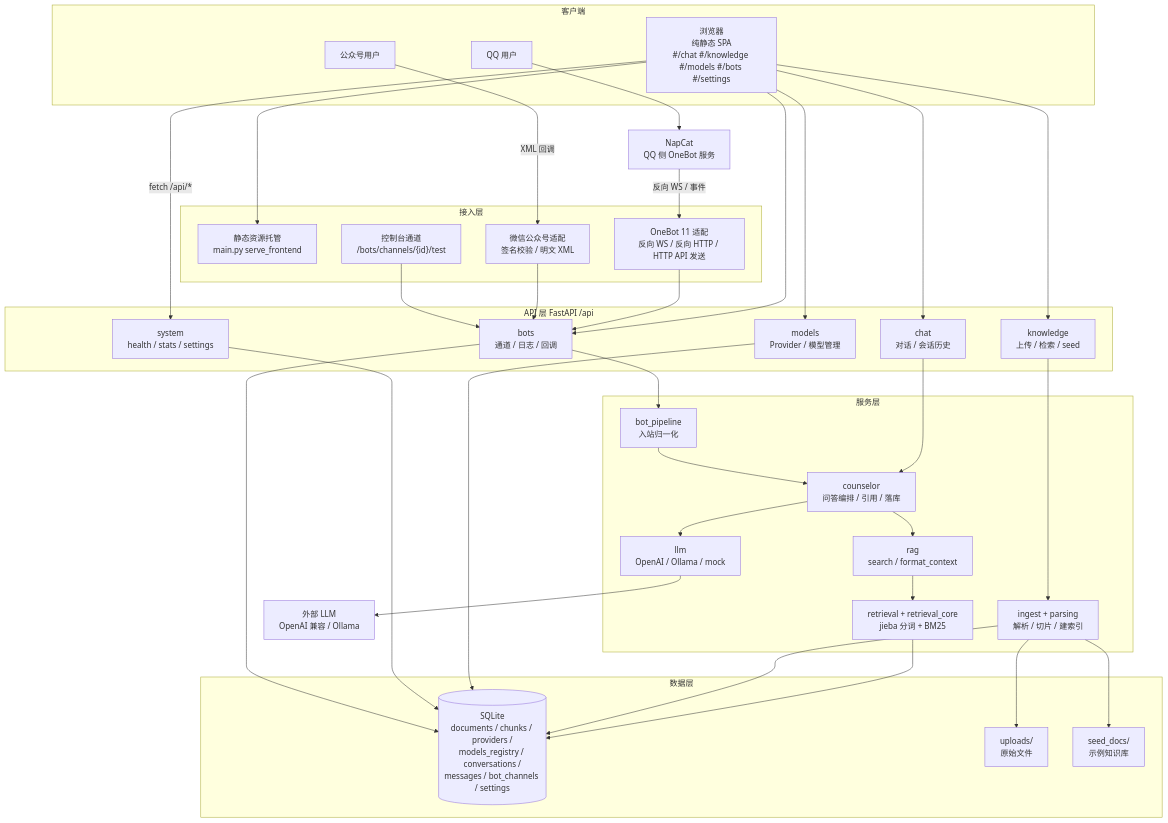
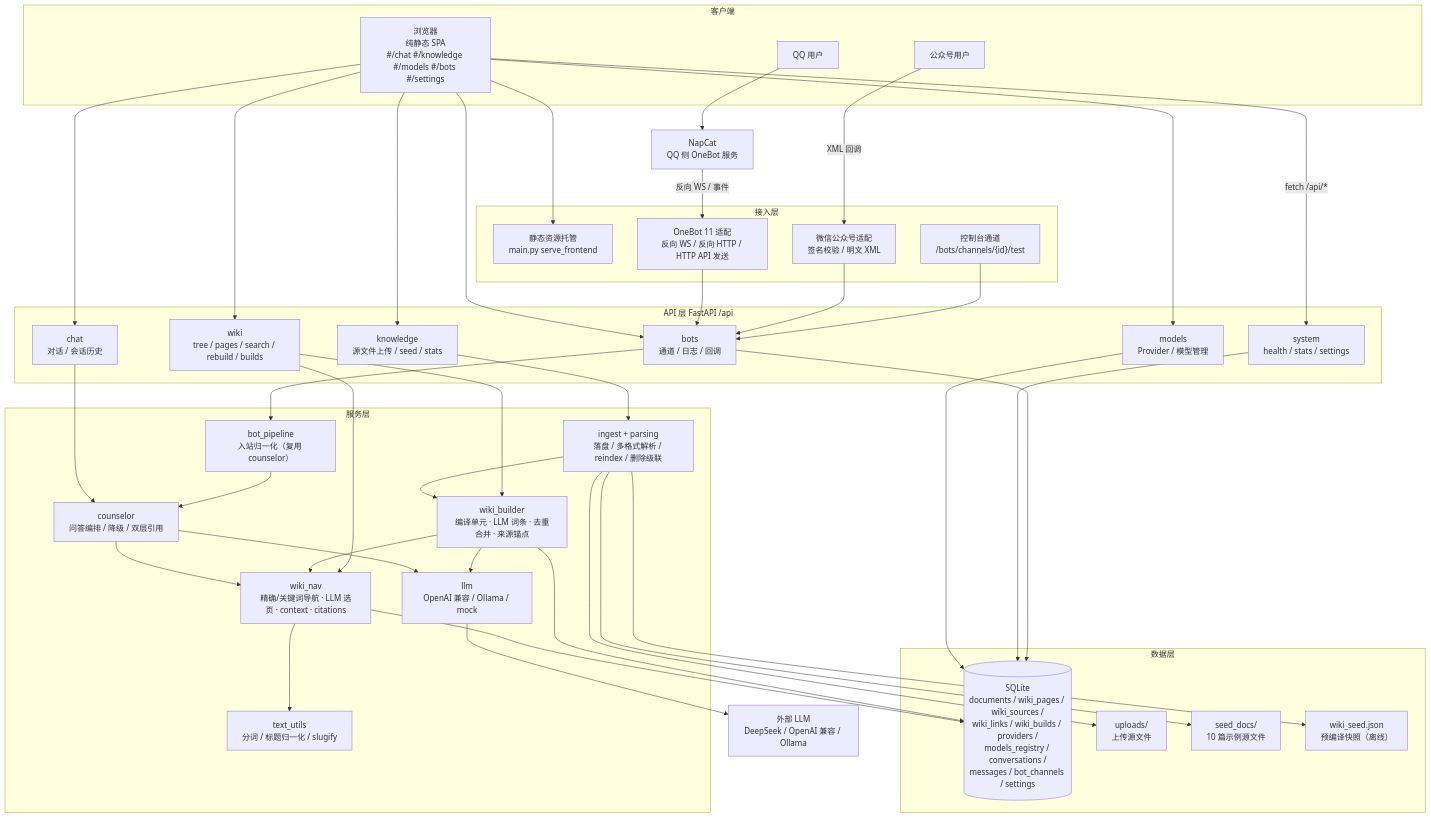
Before and after one commit to kaijiefeng/NPU-Assistant: the first of 5 diagrams in docs/ARCHITECTURE.md, drawn with Mermaid. The commit also changed other lines of this file and 48 other files, not shown here.

````diff
--- a/docs/ARCHITECTURE.md
+++ b/docs/ARCHITECTURE.md
@@ -15,65 +16,76 @@
 ```mermaid
 graph TD
     subgraph Client["客户端"]
         Browser["浏览器<br/>纯静态 SPA<br/>#/chat #/knowledge #/models #/bots #/settings"]
         QQ["QQ 用户"]
         WX["公众号用户"]
     end
 
     subgraph Gateway["接入层"]
         Static["静态资源托管<br/>main.py serve_frontend"]
         OneBot["OneBot 11 适配<br/>反向 WS / 反向 HTTP / HTTP API 发送"]
         WeChat["微信公众号适配<br/>签名校验 / 明文 XML"]
         Console["控制台通道<br/>/bots/channels/{id}/test"]
     end
 
     subgraph API["API 层 FastAPI /api"]
         System["system<br/>health / stats / settings"]
         Chat["chat<br/>对话 / 会话历史"]
-        Knowledge["knowledge<br/>上传 / 检索 / seed"]
+        WikiAPI["wiki<br/>tree / pages / search / rebuild / builds"]
+        Knowledge["knowledge<br/>源文件上传 / seed / stats"]
         Models["models<br/>Provider / 模型管理"]
         Bots["bots<br/>通道 / 日志 / 回调"]
     end
 
     subgraph Service["服务层"]
-        Counselor["counselor<br/>问答编排 / 引用 / 落库"]
-        RAG["rag<br/>search / format_context"]
-        Retrieval["retrieval + retrieval_core<br/>jieba 分词 + BM25"]
-        Ingest["ingest + parsing<br/>解析 / 切片 / 建索引"]
-        LLM["llm<br/>OpenAI / Ollama / mock"]
-        BotPipeline["bot_pipeline<br/>入站归一化"]
+        Counselor["counselor<br/>问答编排 / 降级 / 双层引用"]
+        Nav["wiki_nav<br/>精确/关键词导航 · LLM 选页 · context · citations"]
+        Builder["wiki_builder<br/>编译单元 · LLM 词条 · 去重合并 · 来源锚点"]
+        Ingest["ingest + parsing<br/>落盘 / 多格式解析 / reindex / 删除级联"]
+        LLM["llm<br/>OpenAI 兼容 / Ollama / mock"]
+        BotPipeline["bot_pipeline<br/>入站归一化（复用 counselor）"]
+        TextUtils["text_utils<br/>分词 / 标题归一化 / slugify"]
     end
 
     subgraph Data["数据层"]
-        SQLite[("SQLite<br/>documents / chunks / providers /<br/>models_registry / conversations /<br/>messages / bot_channels / settings")]
-        Uploads["uploads/<br/>原始文件"]
-        SeedDocs["seed_docs/<br/>示例知识库"]
+        SQLite[("SQLite<br/>documents / wiki_pages / wiki_sources /<br/>wiki_links / wiki_builds / providers /<br/>models_registry / conversations /<br/>messages / bot_channels / settings")]
+        Uploads["uploads/<br/>上传源文件"]
+        SeedDocs["seed_docs/<br/>10 篇示例源文件"]
+        WikiSeed["wiki_seed.json<br/>预编译快照（离线）"]
     end
 
-    External["外部 LLM<br/>OpenAI 兼容 / Ollama"]
+    External["外部 LLM<br/>DeepSeek / OpenAI 兼容 / Ollama"]
     NapCat["NapCat<br/>QQ 侧 OneBot 服务"]
 
     Browser --> Static
     Browser -->|fetch /api/*| System
     Browser --> Chat
+    Browser --> WikiAPI
     Browser --> Knowledge
     Browser --> Models
     Browser --> Bots
     QQ --> NapCat
     NapCat -->|反向 WS / 事件| OneBot
     WX -->|XML 回调| WeChat
     OneBot --> Bots
     WeChat --> Bots
     Console --> Bots
 
     Chat --> Counselor
     Bots --> BotPipeline --> Counselor
-    Counselor --> RAG --> Retrieval --> SQLite
+    Counselor --> Nav --> SQLite
     Counselor --> LLM --> External
-    Knowledge --> Ingest --> SQLite
+    Knowledge --> Ingest --> Builder
+    Builder --> LLM
+    Builder --> SQLite
+    Builder --> Nav
+    Nav --> TextUtils
+    WikiAPI --> Nav
+    WikiAPI --> Builder
     Ingest --> Uploads
     Ingest --> SeedDocs
+    Ingest --> WikiSeed
     Models --> SQLite
     System --> SQLite
     Bots --> SQLite
 ```
````
